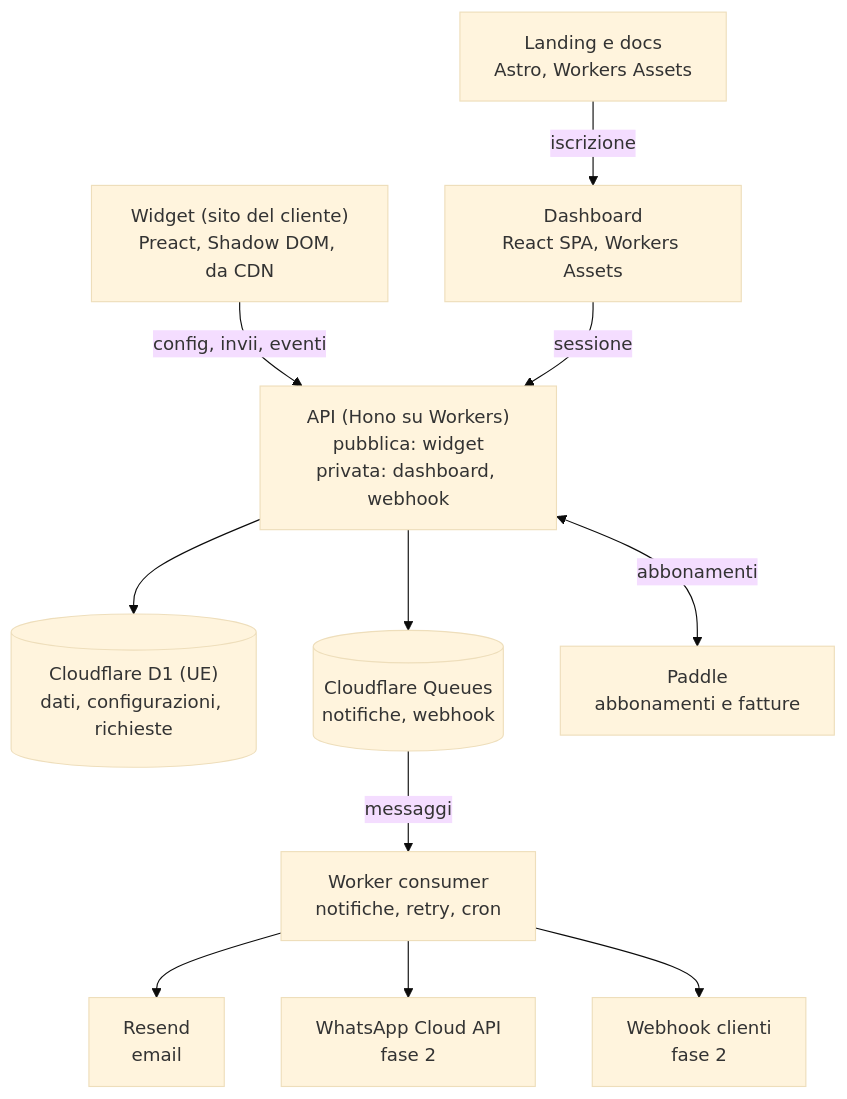
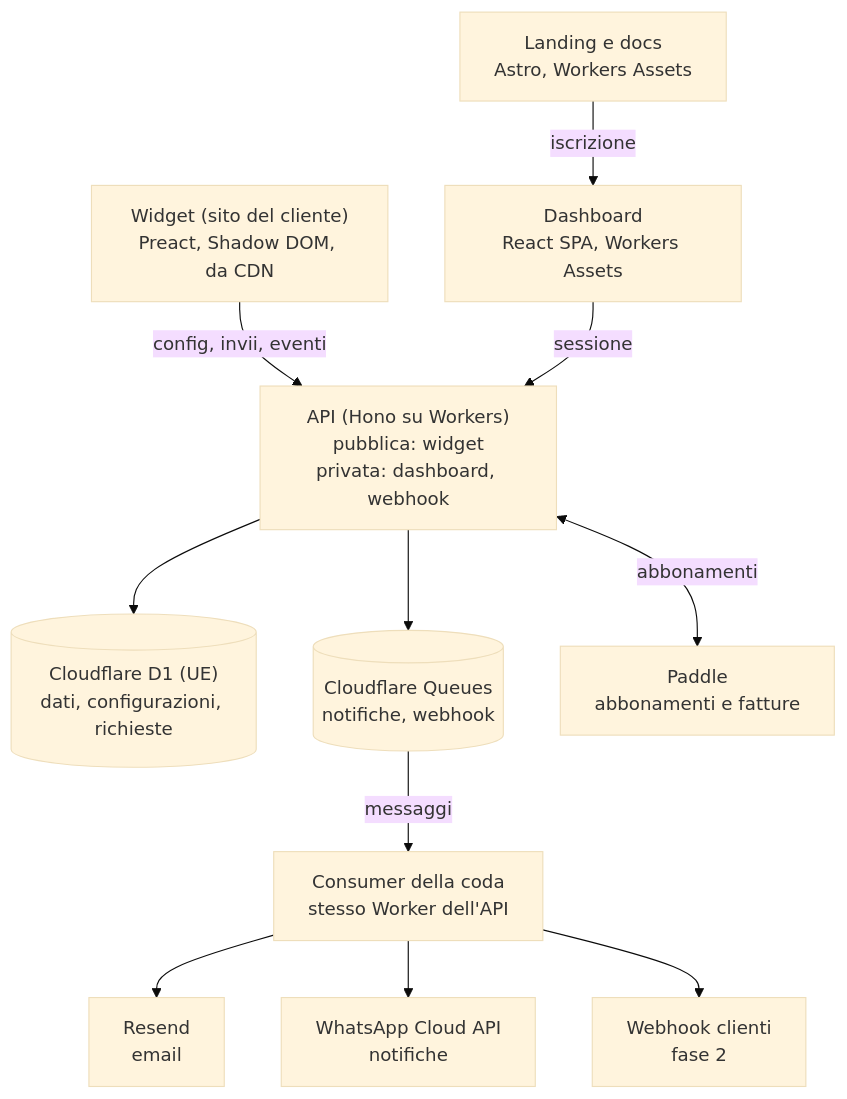
Before and after one commit to OscarIuliano/snippo: the second of 2 diagrams in docs/documentazione-progetto.md, drawn with Mermaid (base theme). The commit also changed other lines of this file and 26 other files, not shown here.

First line of the commit message:
feat: notifiche email e WhatsApp con Conferma/Rifiuta

````diff
--- a/docs/documentazione-progetto.md
+++ b/docs/documentazione-progetto.md
@@ -173,25 +173,25 @@
 ```mermaid
 flowchart TB
     W["Widget (sito del cliente)<br/>Preact, Shadow DOM, da CDN"]
     D["Dashboard<br/>React SPA, Workers Assets"]
     L["Landing e docs<br/>Astro, Workers Assets"]
     API["API (Hono su Workers)<br/>pubblica: widget<br/>privata: dashboard, webhook"]
     DB[("Cloudflare D1 (UE)<br/>dati, configurazioni, richieste")]
     Q[("Cloudflare Queues<br/>notifiche, webhook")]
-    WK["Worker consumer<br/>notifiche, retry, cron"]
+    WK["Consumer della coda<br/>stesso Worker dell'API"]
     P["Paddle<br/>abbonamenti e fatture"]
     RS["Resend<br/>email"]
-    WA["WhatsApp Cloud API<br/>fase 2"]
+    WA["WhatsApp Cloud API<br/>notifiche"]
     WH["Webhook clienti<br/>fase 2"]
 
     L -- iscrizione --> D
     W -- "config, invii, eventi" --> API
     D -- sessione --> API
     API --> DB
     API --> Q
     API <-- abbonamenti --> P
     Q -- messaggi --> WK
     WK --> RS
     WK --> WA
     WK --> WH
 ```
````
